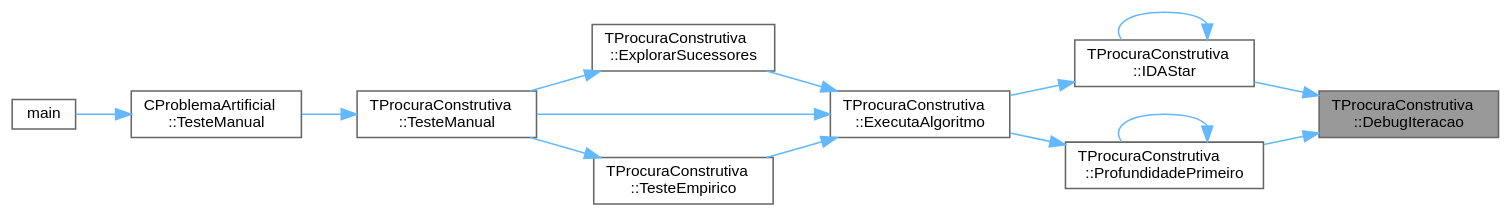
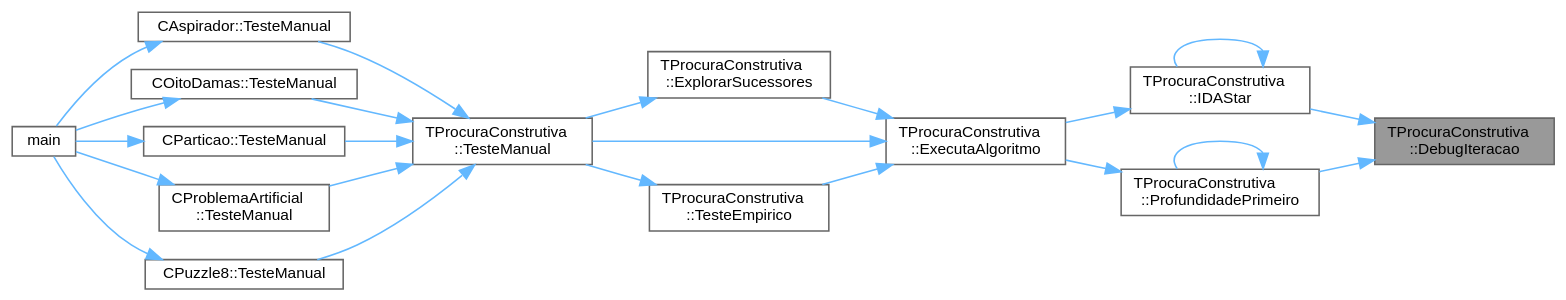
Before and after one commit to jcoelho72/TProcura: the diagram in classTProcuraConstrutiva_ae464aeb16628493409e4d88cede9a9e7_icgraph.dot, drawn with Graphviz. The commit also changed 389 other files, not shown here.

Commit message:
Deploying to gh-pages from @ jcoelho72/TProcuraConstrutiva@d73985d2b226c835cec3e36c712497b055dc47c4 🚀

```diff
--- a/classTProcuraConstrutiva_ae464aeb16628493409e4d88cede9a9e7_icgraph.dot
+++ b/classTProcuraConstrutiva_ae464aeb16628493409e4d88cede9a9e7_icgraph.dot
@@ -1,30 +1,42 @@
 digraph "TProcuraConstrutiva::DebugIteracao"
 {
  // LATEX_PDF_SIZE
   bgcolor="transparent";
   edge [fontname=Helvetica,fontsize=10,labelfontname=Helvetica,labelfontsize=10];
   node [fontname=Helvetica,fontsize=10,shape=box,height=0.2,width=0.4];
   rankdir="RL";
   Node1 [id="Node000001",label="TProcuraConstrutiva\l::DebugIteracao",height=0.2,width=0.4,color="gray40", fillcolor="grey60", style="filled", fontcolor="black",tooltip=" "];
-  Node1 -> Node2 [id="edge14_Node000001_Node000002",dir="back",color="steelblue1",style="solid",tooltip=" "];
+  Node1 -> Node2 [id="edge22_Node000001_Node000002",dir="back",color="steelblue1",style="solid",tooltip=" "];
   Node2 [id="Node000002",label="TProcuraConstrutiva\l::IDAStar",height=0.2,width=0.4,color="grey40", fillcolor="white", style="filled",URL="$group__ProcurasInformadas.html#gae77f9608e7988052377d7025bee7c4e8",tooltip="Executa a procura IDA*, algoritmo informado."];
-  Node2 -> Node3 [id="edge15_Node000002_Node000003",dir="back",color="steelblue1",style="solid",tooltip=" "];
+  Node2 -> Node3 [id="edge23_Node000002_Node000003",dir="back",color="steelblue1",style="solid",tooltip=" "];
   Node3 [id="Node000003",label="TProcuraConstrutiva\l::ExecutaAlgoritmo",height=0.2,width=0.4,color="grey40", fillcolor="white", style="filled",URL="$group__RedefinicaoOpcional.html#gae52871eb18c8ae656a2174acf43b3bb3",tooltip="Executa o algoritmo com os parametros atuais."];
-  Node3 -> Node4 [id="edge16_Node000003_Node000004",dir="back",color="steelblue1",style="solid",tooltip=" "];
+  Node3 -> Node4 [id="edge24_Node000003_Node000004",dir="back",color="steelblue1",style="solid",tooltip=" "];
   Node4 [id="Node000004",label="TProcuraConstrutiva\l::ExplorarSucessores",height=0.2,width=0.4,color="grey40", fillcolor="white", style="filled",URL="$classTProcuraConstrutiva.html#ab5639efca5e48b564a8bdd9ec23a8955",tooltip=" "];
-  Node4 -> Node5 [id="edge17_Node000004_Node000005",dir="back",color="steelblue1",style="solid",tooltip=" "];
+  Node4 -> Node5 [id="edge25_Node000004_Node000005",dir="back",color="steelblue1",style="solid",tooltip=" "];
   Node5 [id="Node000005",label="TProcuraConstrutiva\l::TesteManual",height=0.2,width=0.4,color="grey40", fillcolor="white", style="filled",URL="$group__RedefinicaoMandatoria.html#ga843a501e25cbaff7eb51d8d29995be3a",tooltip="Inicializa a interação com o utilizador."];
-  Node5 -> Node6 [id="edge18_Node000005_Node000006",dir="back",color="steelblue1",style="solid",tooltip=" "];
-  Node6 [id="Node000006",label="CProblemaArtificial\l::TesteManual",height=0.2,width=0.4,color="grey40", fillcolor="white", style="filled",URL="$classCProblemaArtificial.html#abaad629eb538177261df40e1e27e92ed",tooltip="Inicializa a interação com o utilizador."];
-  Node6 -> Node7 [id="edge19_Node000006_Node000007",dir="back",color="steelblue1",style="solid",tooltip=" "];
+  Node5 -> Node6 [id="edge26_Node000005_Node000006",dir="back",color="steelblue1",style="solid",tooltip=" "];
+  Node6 [id="Node000006",label="CAspirador::TesteManual",height=0.2,width=0.4,color="grey40", fillcolor="white", style="filled",URL="$classCAspirador.html#a718c8187439940dec18a46a9e9e024e3",tooltip="Inicializa a interação com o utilizador."];
+  Node6 -> Node7 [id="edge27_Node000006_Node000007",dir="back",color="steelblue1",style="solid",tooltip=" "];
   Node7 [id="Node000007",label="main",height=0.2,width=0.4,color="grey40", fillcolor="white", style="filled",URL="$teste_8cpp.html#a0ddf1224851353fc92bfbff6f499fa97",tooltip=" "];
-  Node3 -> Node8 [id="edge20_Node000003_Node000008",dir="back",color="steelblue1",style="solid",tooltip=" "];
-  Node8 [id="Node000008",label="TProcuraConstrutiva\l::TesteEmpirico",height=0.2,width=0.4,color="grey40", fillcolor="white", style="filled",URL="$group__RedefinicaoOpcional.html#gab2fca28035f165ce7c1d40acbfc8c971",tooltip="Executa testes empíricos, em todas as configurações guardadas, nas instâncias selecionadas."];
-  Node8 -> Node5 [id="edge21_Node000008_Node000005",dir="back",color="steelblue1",style="solid",tooltip=" "];
-  Node3 -> Node5 [id="edge22_Node000003_Node000005",dir="back",color="steelblue1",style="solid",tooltip=" "];
-  Node2 -> Node2 [id="edge23_Node000002_Node000002",dir="back",color="steelblue1",style="solid",tooltip=" "];
-  Node1 -> Node9 [id="edge24_Node000001_Node000009",dir="back",color="steelblue1",style="solid",tooltip=" "];
-  Node9 [id="Node000009",label="TProcuraConstrutiva\l::ProfundidadePrimeiro",height=0.2,width=0.4,color="grey40", fillcolor="white", style="filled",URL="$group__ProcurasCegas.html#gaf00d9776f6b25d56138efb6725b86228",tooltip="Executa a procura em profundidade primeiro, algoritmo cego."];
-  Node9 -> Node3 [id="edge25_Node000009_Node000003",dir="back",color="steelblue1",style="solid",tooltip=" "];
-  Node9 -> Node9 [id="edge26_Node000009_Node000009",dir="back",color="steelblue1",style="solid",tooltip=" "];
+  Node5 -> Node8 [id="edge28_Node000005_Node000008",dir="back",color="steelblue1",style="solid",tooltip=" "];
+  Node8 [id="Node000008",label="COitoDamas::TesteManual",height=0.2,width=0.4,color="grey40", fillcolor="white", style="filled",URL="$classCOitoDamas.html#a0fb443165d257ac17fc8cf5bc870404d",tooltip="Inicializa a interação com o utilizador."];
+  Node8 -> Node7 [id="edge29_Node000008_Node000007",dir="back",color="steelblue1",style="solid",tooltip=" "];
+  Node5 -> Node9 [id="edge30_Node000005_Node000009",dir="back",color="steelblue1",style="solid",tooltip=" "];
+  Node9 [id="Node000009",label="CParticao::TesteManual",height=0.2,width=0.4,color="grey40", fillcolor="white", style="filled",URL="$classCParticao.html#aa4d328b9944991f3fc52ce0726111865",tooltip="Inicializa a interação com o utilizador."];
+  Node9 -> Node7 [id="edge31_Node000009_Node000007",dir="back",color="steelblue1",style="solid",tooltip=" "];
+  Node5 -> Node10 [id="edge32_Node000005_Node000010",dir="back",color="steelblue1",style="solid",tooltip=" "];
+  Node10 [id="Node000010",label="CProblemaArtificial\l::TesteManual",height=0.2,width=0.4,color="grey40", fillcolor="white", style="filled",URL="$classCProblemaArtificial.html#abaad629eb538177261df40e1e27e92ed",tooltip="Inicializa a interação com o utilizador."];
+  Node10 -> Node7 [id="edge33_Node000010_Node000007",dir="back",color="steelblue1",style="solid",tooltip=" "];
+  Node5 -> Node11 [id="edge34_Node000005_Node000011",dir="back",color="steelblue1",style="solid",tooltip=" "];
+  Node11 [id="Node000011",label="CPuzzle8::TesteManual",height=0.2,width=0.4,color="grey40", fillcolor="white", style="filled",URL="$classCPuzzle8.html#a06d2a8f5d7e3670eb6ee75d7a72b0265",tooltip="Inicializa a interação com o utilizador."];
+  Node11 -> Node7 [id="edge35_Node000011_Node000007",dir="back",color="steelblue1",style="solid",tooltip=" "];
+  Node3 -> Node12 [id="edge36_Node000003_Node000012",dir="back",color="steelblue1",style="solid",tooltip=" "];
+  Node12 [id="Node000012",label="TProcuraConstrutiva\l::TesteEmpirico",height=0.2,width=0.4,color="grey40", fillcolor="white", style="filled",URL="$group__RedefinicaoOpcional.html#gab2fca28035f165ce7c1d40acbfc8c971",tooltip="Executa testes empíricos, em todas as configurações guardadas, nas instâncias selecionadas."];
+  Node12 -> Node5 [id="edge37_Node000012_Node000005",dir="back",color="steelblue1",style="solid",tooltip=" "];
+  Node3 -> Node5 [id="edge38_Node000003_Node000005",dir="back",color="steelblue1",style="solid",tooltip=" "];
+  Node2 -> Node2 [id="edge39_Node000002_Node000002",dir="back",color="steelblue1",style="solid",tooltip=" "];
+  Node1 -> Node13 [id="edge40_Node000001_Node000013",dir="back",color="steelblue1",style="solid",tooltip=" "];
+  Node13 [id="Node000013",label="TProcuraConstrutiva\l::ProfundidadePrimeiro",height=0.2,width=0.4,color="grey40", fillcolor="white", style="filled",URL="$group__ProcurasCegas.html#gaf00d9776f6b25d56138efb6725b86228",tooltip="Executa a procura em profundidade primeiro, algoritmo cego."];
+  Node13 -> Node3 [id="edge41_Node000013_Node000003",dir="back",color="steelblue1",style="solid",tooltip=" "];
+  Node13 -> Node13 [id="edge42_Node000013_Node000013",dir="back",color="steelblue1",style="solid",tooltip=" "];
 }
```
